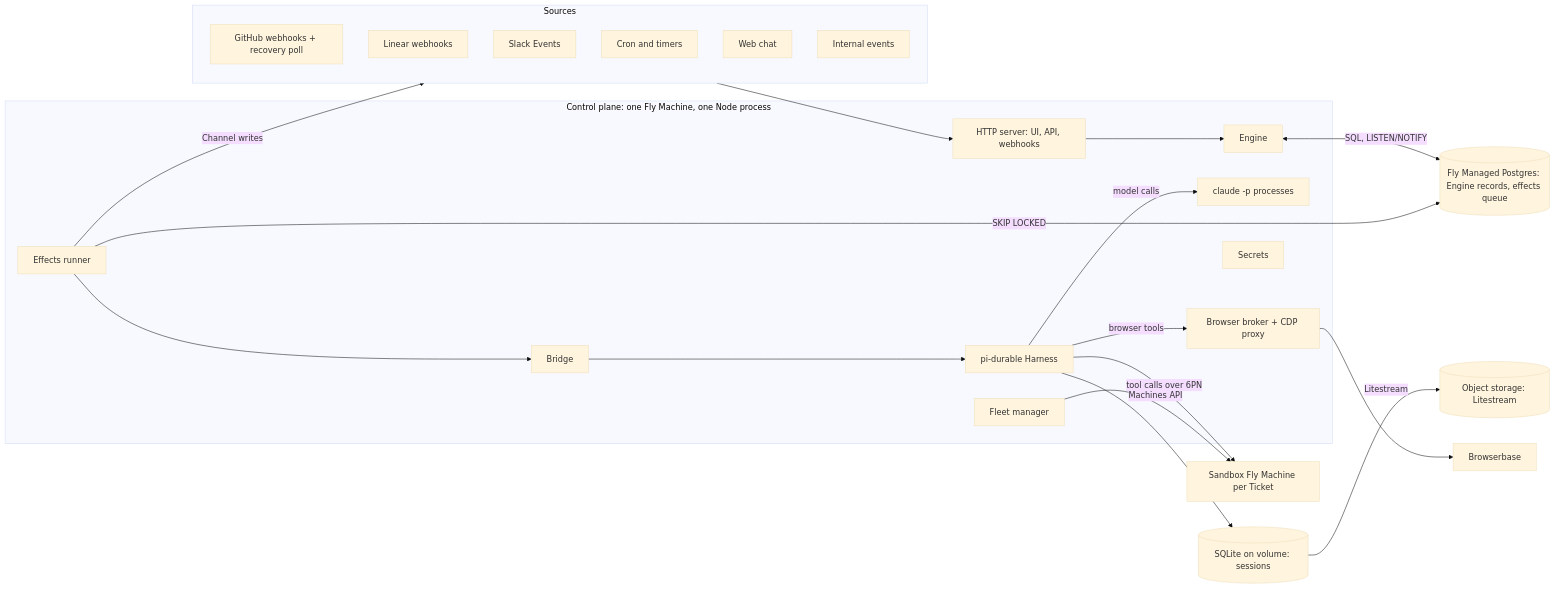
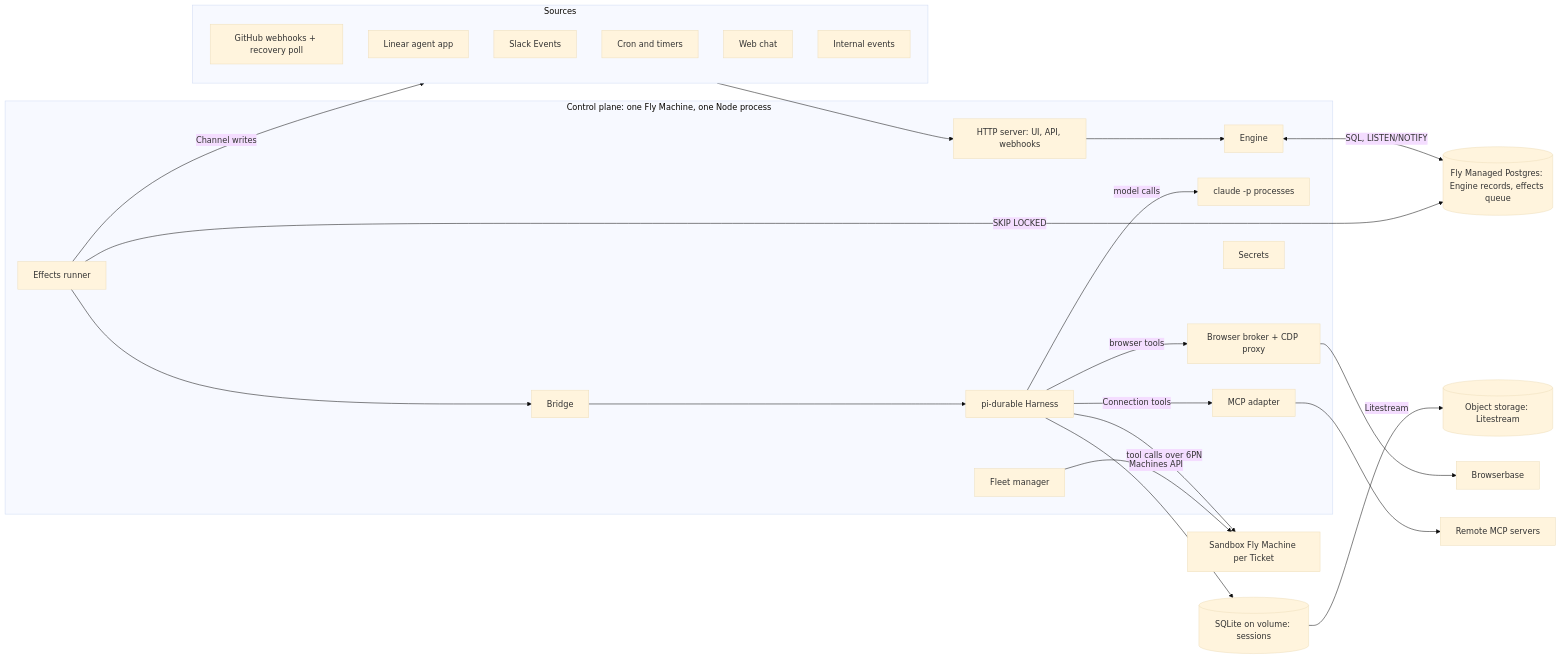
Before and after one commit to willisrocks/borant: the first of 3 diagrams in docs/superpowers/specs/2026-11-03-borant-cloud-control-plane-design.md, drawn with Mermaid (base theme). The commit also changed other lines of this file, not shown here.

````diff
--- a/docs/superpowers/specs/2026-11-03-borant-cloud-control-plane-design.md
+++ b/docs/superpowers/specs/2026-11-03-borant-cloud-control-plane-design.md
@@ -150,39 +221,42 @@
 ```mermaid
 flowchart LR
   subgraph Sources
     GH[GitHub webhooks + recovery poll]
-    LN[Linear webhooks]
+    LN[Linear agent app]
     SL[Slack Events]
     CR[Cron and timers]
     WC[Web chat]
     IE[Internal events]
   end
   subgraph CP["Control plane: one Fly Machine, one Node process"]
     HTTP[HTTP server: UI, API, webhooks]
     ENG[Engine]
     EFF[Effects runner]
     BR[Bridge]
     HAR[pi-durable Harness]
     CC[claude -p processes]
     FM[Fleet manager]
     BB[Browser broker + CDP proxy]
     SEC[Secrets]
+    MC[MCP adapter]
   end
   PG[(Fly Managed Postgres: Engine records, effects queue)]
   SQ[(SQLite on volume: sessions)]
   SB[Sandbox Fly Machine per Ticket]
   BBS[Browserbase]
+  MS[Remote MCP servers]
   OBJ[(Object storage: Litestream)]
 
   Sources --> HTTP --> ENG
   ENG <-->|SQL, LISTEN/NOTIFY| PG
   EFF -->|SKIP LOCKED| PG
   EFF --> BR --> HAR
   HAR --> SQ
   SQ -->|Litestream| OBJ
   HAR -->|model calls| CC
   HAR -->|tool calls over 6PN| SB
   FM -->|Machines API| SB
   HAR -->|browser tools| BB --> BBS
+  HAR -->|Connection tools| MC --> MS
   EFF -->|Channel writes| Sources
 ```
````
